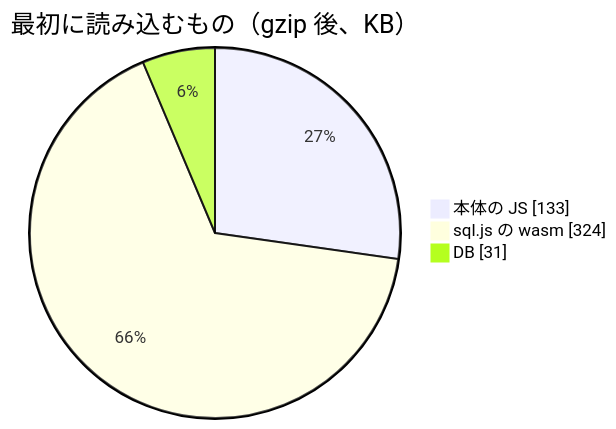
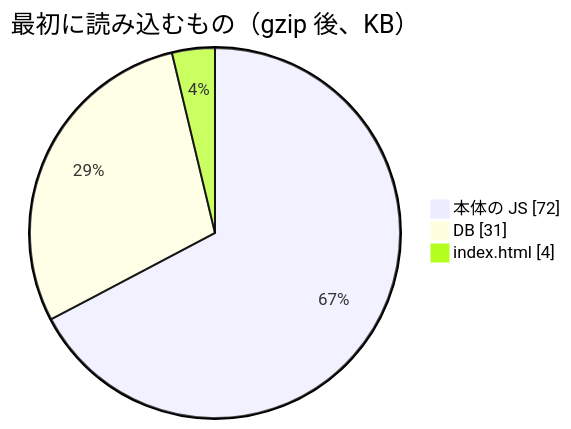
The fifth of 7 diagrams in example/content/articles/complex-mixed.md (tett23/sqlite-cms), drawn with Mermaid before and after one commit. The commit also changed other lines of this file and 34 other files, not shown here.

````diff
--- a/example/content/articles/complex-mixed.md
+++ b/example/content/articles/complex-mixed.md
@@ -144,7 +144,7 @@
 ```mermaid
 pie showData
   title 最初に読み込むもの（gzip 後、KB）
-  "本体の JS" : 133
-  "sql.js の wasm" : 324
+  "本体の JS" : 72
   "DB" : 31
+  "index.html" : 4
 ```
````
